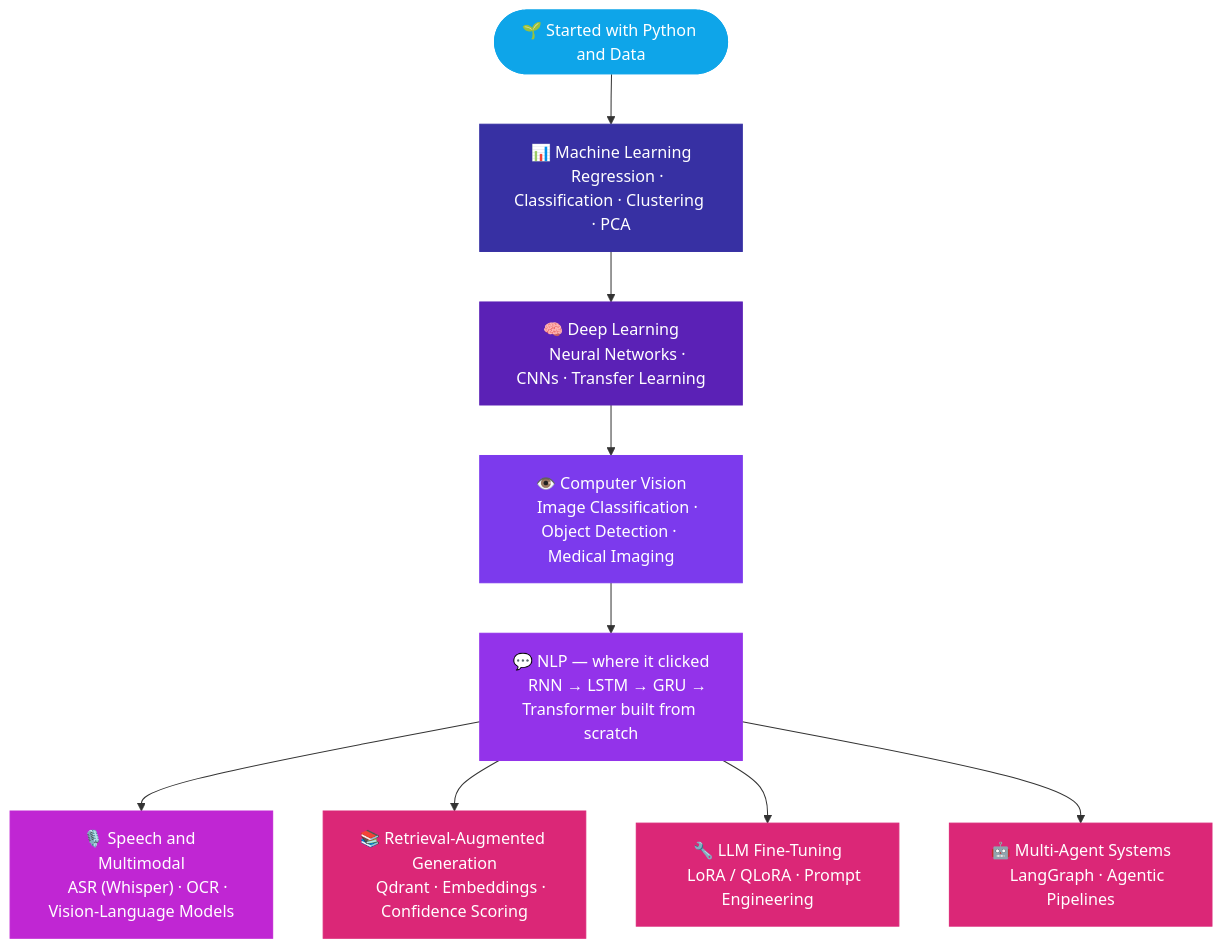
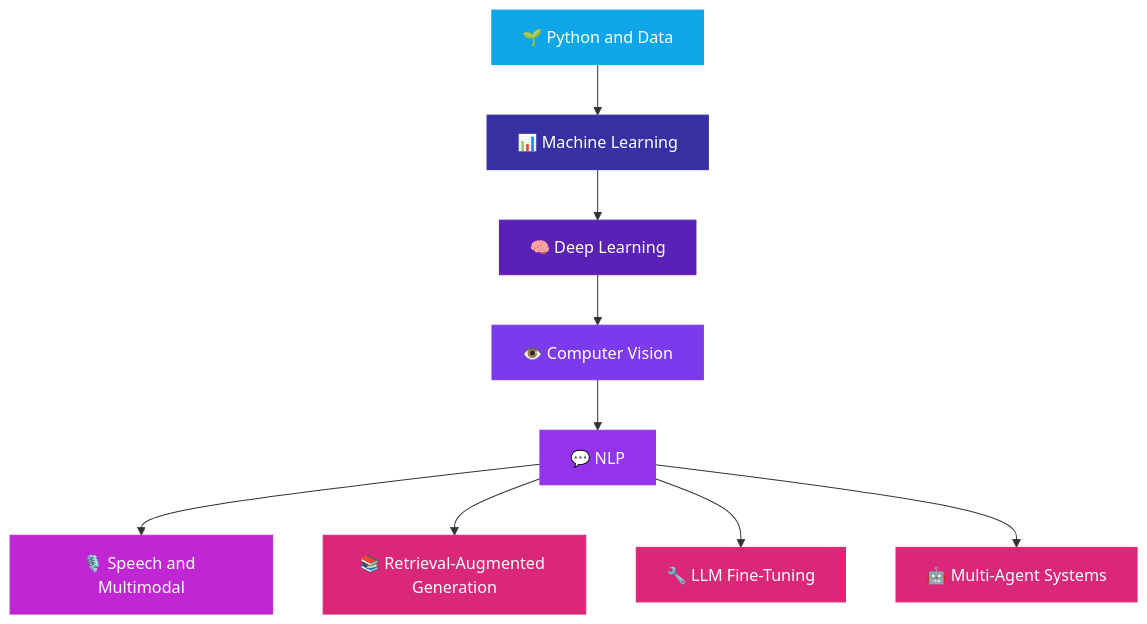
One commit to gehad-abdulaziz/gehad-abdulaziz changed the diagram in README.md. Above: the diagram before and after it, drawn with Mermaid. The commit also changed other lines of this file, not shown here.

````diff
--- a/README.md
+++ b/README.md
@@ -79,38 +79,21 @@
 ```mermaid
 graph TD
-    START(["🌱 Started with Python and Data"]) --> ML
+    A[🌱 Python and Data] --> B[📊 Machine Learning]
+    B --> C[🧠 Deep Learning]
+    C --> D[👁️ Computer Vision]
+    D --> E[💬 NLP]
+    E --> F[🎙️ Speech and Multimodal]
+    E --> G[📚 Retrieval-Augmented Generation]
+    E --> H[🔧 LLM Fine-Tuning]
+    E --> I[🤖 Multi-Agent Systems]
 
-    ML["📊 Machine Learning
-    Regression · Classification · Clustering · PCA"] --> DL
-
-    DL["🧠 Deep Learning
-    Neural Networks · CNNs · Transfer Learning"] --> CV
-
-    CV["👁️ Computer Vision
-    Image Classification · Object Detection · Medical Imaging"] --> NLP
-
-    NLP["💬 NLP — where it clicked
-    RNN → LSTM → GRU → Transformer built from scratch"] --> SPEECH
-    NLP --> RAG
-    NLP --> LLM
-    NLP --> AGENT
-
-    SPEECH["🎙️ Speech and Multimodal
-    ASR (Whisper) · OCR · Vision-Language Models"]
-    RAG["📚 Retrieval-Augmented Generation
-    Qdrant · Embeddings · Confidence Scoring"]
-    LLM["🔧 LLM Fine-Tuning
-    LoRA / QLoRA · Prompt Engineering"]
-    AGENT["🤖 Multi-Agent Systems
-    LangGraph · Agentic Pipelines"]
-
-    style START fill:#0EA5E9,color:#fff,stroke:#0EA5E9
-    style ML fill:#3730a3,color:#fff,stroke:#3730a3
-    style DL fill:#5b21b6,color:#fff,stroke:#5b21b6
-    style CV fill:#7c3aed,color:#fff,stroke:#7c3aed
-    style NLP fill:#9333ea,color:#fff,stroke:#9333ea
-    style SPEECH fill:#c026d3,color:#fff,stroke:#c026d3
-    style RAG fill:#db2777,color:#fff,stroke:#db2777
-    style LLM fill:#db2777,color:#fff,stroke:#db2777
-    style AGENT fill:#db2777,color:#fff,stroke:#db2777
+    style A fill:#0EA5E9,color:#fff,stroke:#0EA5E9
+    style B fill:#3730a3,color:#fff,stroke:#3730a3
+    style C fill:#5b21b6,color:#fff,stroke:#5b21b6
+    style D fill:#7c3aed,color:#fff,stroke:#7c3aed
+    style E fill:#9333ea,color:#fff,stroke:#9333ea
+    style F fill:#c026d3,color:#fff,stroke:#c026d3
+    style G fill:#db2777,color:#fff,stroke:#db2777
+    style H fill:#db2777,color:#fff,stroke:#db2777
+    style I fill:#db2777,color:#fff,stroke:#db2777
 ```
````
